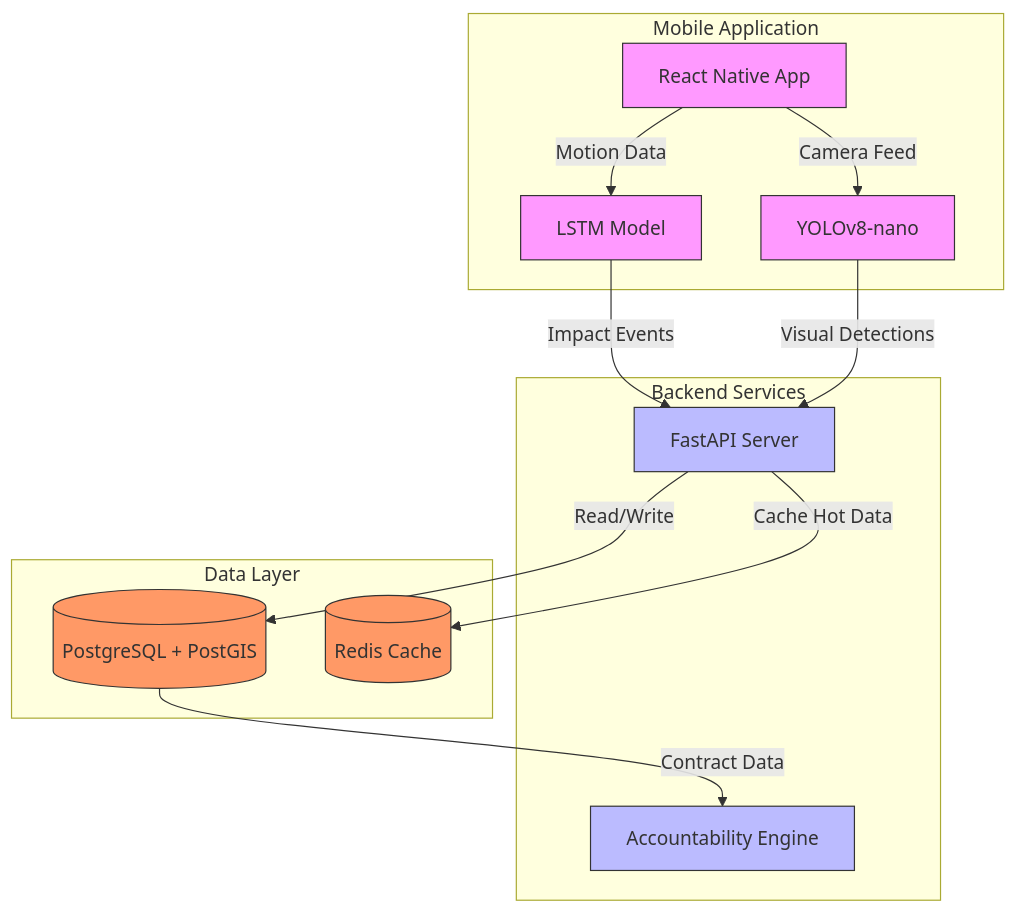
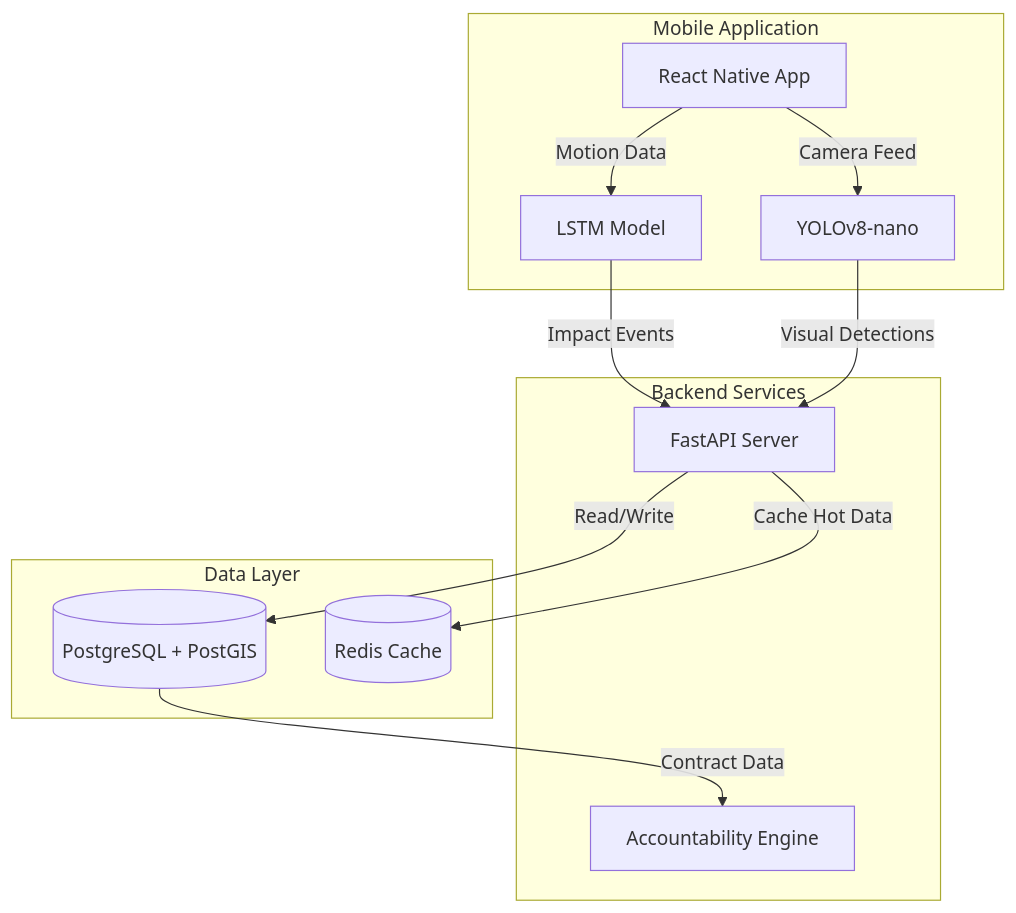
One commit to Goyam02/Sadak-Sathi changed the fifth of 5 diagrams in README.md. Above: the diagram before and after it, drawn with Mermaid. The commit also changed other lines of this file, not shown here.

````diff
--- a/README.md
+++ b/README.md
@@ -218,34 +206,26 @@
 ```mermaid
 graph TD
     subgraph Mobile[Mobile Application]
         RN[React Native App]
         LSTM[LSTM Model]
         YOLO[YOLOv8-nano]
     end
     
     subgraph Backend[Backend Services]
         API[FastAPI Server]
         Engine[Accountability Engine]
     end
     
     subgraph Data[Data Layer]
         PG[(PostgreSQL + PostGIS)]
         Redis[(Redis Cache)]
     end
     
     RN -->|Motion Data| LSTM
     RN -->|Camera Feed| YOLO
     LSTM -->|Impact Events| API
     YOLO -->|Visual Detections| API
     API -->|Read/Write| PG
     API -->|Cache Hot Data| Redis
     PG -->|Contract Data| Engine
-    
-    style RN fill:#f9f,stroke:#333
-    style LSTM fill:#f9f,stroke:#333
-    style YOLO fill:#f9f,stroke:#333
-    style API fill:#bbf,stroke:#333
-    style Engine fill:#bbf,stroke:#333
-    style PG fill:#f96,stroke:#333
-    style Redis fill:#f96,stroke:#333
 ```
````
